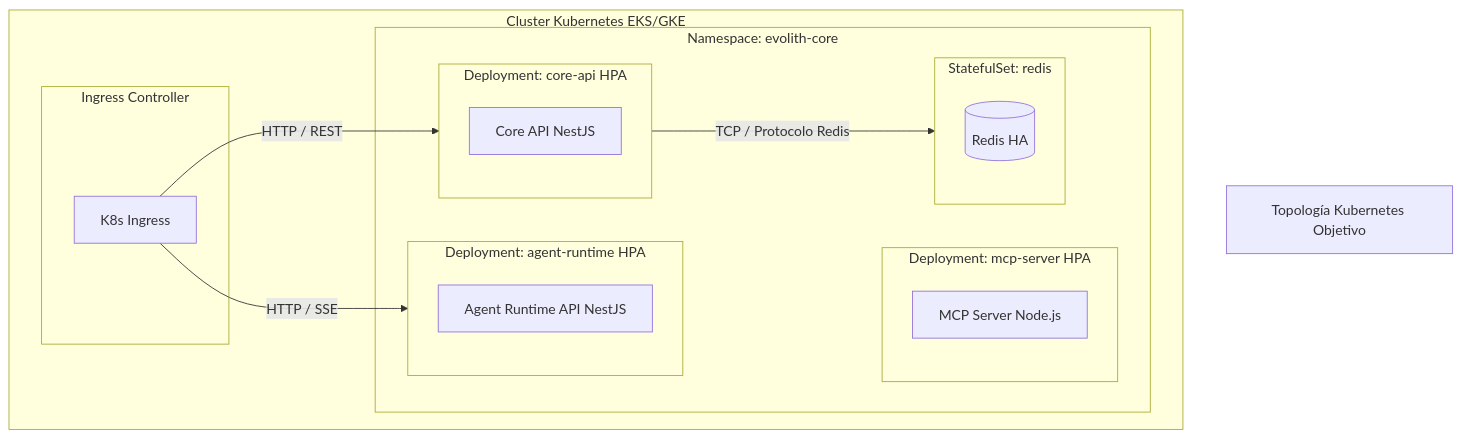
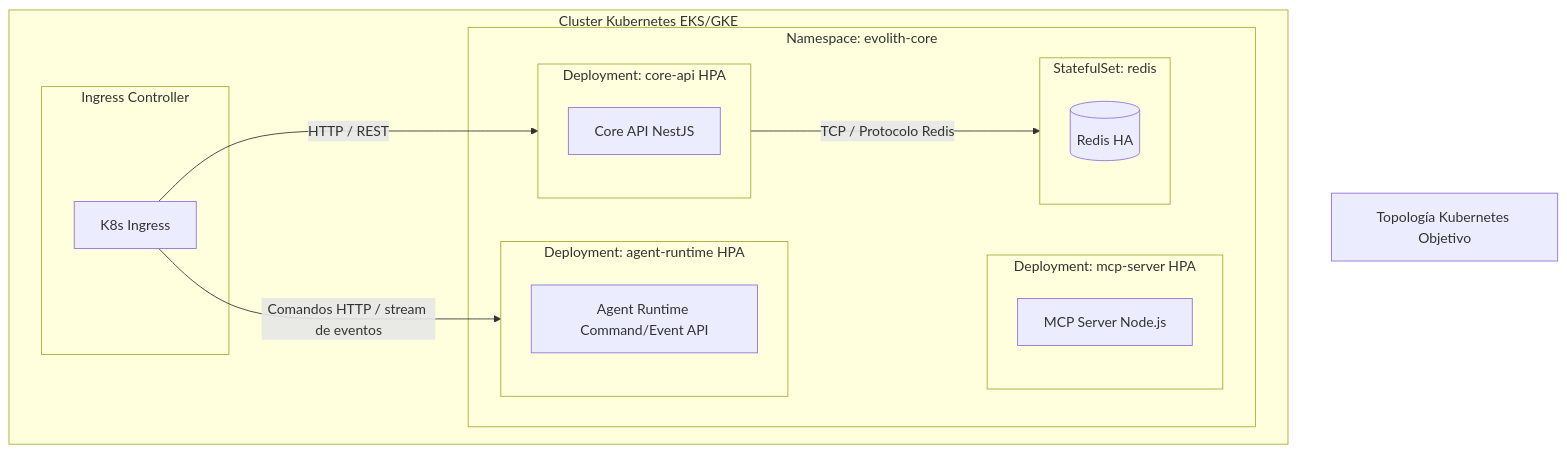
Before and after one commit to beyondnetcode/evolith_arch32: the second of 2 diagrams in reference/architecture/views/view-by-deployment.es.md, drawn with Mermaid. The commit also changed other lines of this file and 13 other files, not shown here.

Commit message:
docs: clarify agent runtime command event flow

````diff
--- a/reference/architecture/views/view-by-deployment.es.md
+++ b/reference/architecture/views/view-by-deployment.es.md
@@ -48,29 +48,29 @@
 ```mermaid
 flowchart TB
     title[Topología Kubernetes Objetivo]
 
     subgraph k8s [Cluster Kubernetes EKS/GKE]
         subgraph ingress [Ingress Controller]
             gateway[K8s Ingress]
         end
         
         subgraph ns_core [Namespace: evolith-core]
             subgraph pod_api [Deployment: core-api HPA]
                 api[Core API NestJS]
             end
             subgraph pod_mcp [Deployment: mcp-server HPA]
                 mcp[MCP Server Node.js]
             end
-            subgraph pod_sse [Deployment: agent-runtime HPA]
-                sse[Agent Runtime API NestJS]
+            subgraph pod_agent_runtime [Deployment: agent-runtime HPA]
+                agentApi[Agent Runtime Command/Event API]
             end
             subgraph sts_redis [StatefulSet: redis]
                 redis[(Redis HA)]
             end
         end
     end
 
     gateway -->|HTTP / REST| pod_api
-    gateway -->|HTTP / SSE| pod_sse
+    gateway -->|Comandos HTTP / stream de eventos| pod_agent_runtime
     pod_api -->|TCP / Protocolo Redis| sts_redis
 ```
````
